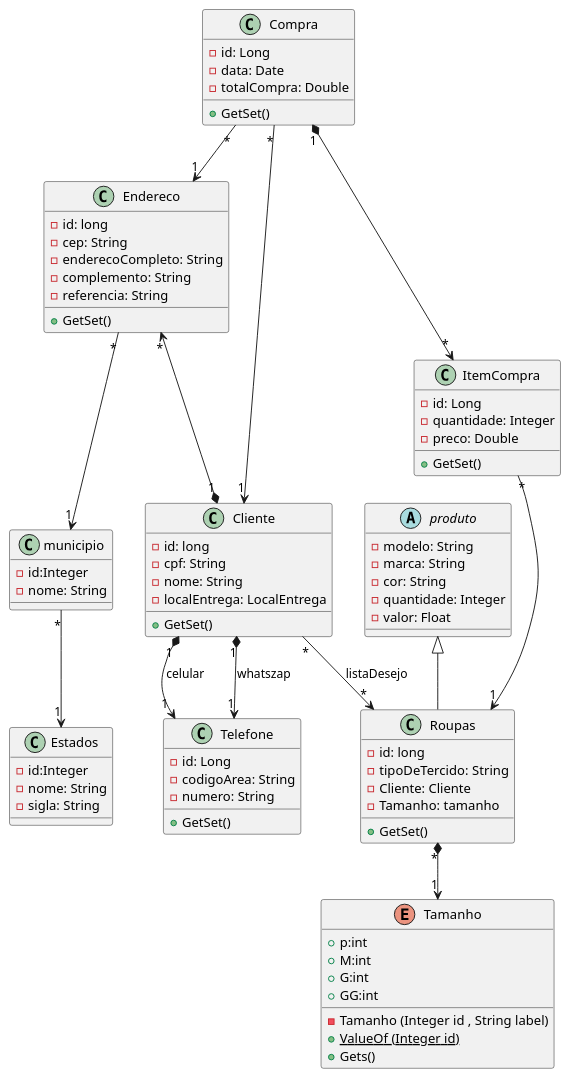
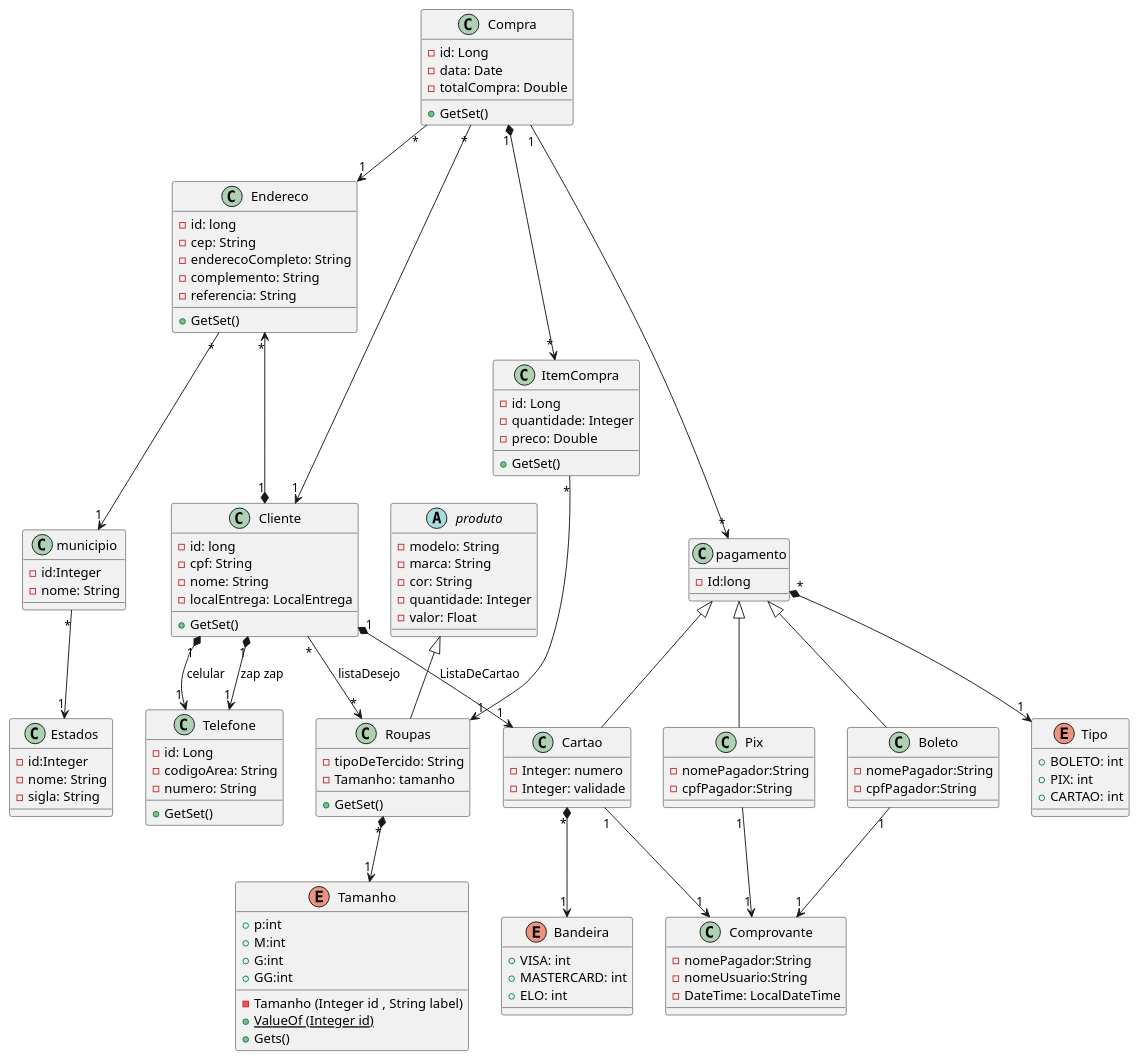
One commit to Jeezyel/topicos1 changed the diagram in src/main/java/br/unitins/UML.plantuml. Above: the diagram before and after it, drawn with PlantUML. The commit also changed 1 other file, not shown here.

```diff
--- a/src/main/java/br/unitins/UML.plantuml
+++ b/src/main/java/br/unitins/UML.plantuml
@@ -1,100 +1,149 @@
 @startuml UML
 
 class Roupas{
-    - id: long
     - tipoDeTercido: String
-    - Cliente: Cliente
     - Tamanho: tamanho
 
     + GetSet()
 
 
 }
 class Cliente{
     -id: long
     - cpf: String
     - nome: String
     - localEntrega: LocalEntrega
 
     + GetSet()
 }
 
 class Endereco{
     - id: long
     - cep: String
     - enderecoCompleto: String
     - complemento: String
     - referencia: String
 
     + GetSet()
 }
 class ItemCompra {
     - id: Long
     - quantidade: Integer
     - preco: Double
     
     + GetSet()
 }
 class Compra {
     - id: Long
     - data: Date
     - totalCompra: Double
     
     + GetSet()
 }
 class Telefone {
     - id: Long
     - codigoArea: String
     - numero: String
     
     + GetSet()
 }
 class municipio{
     -id:Integer
     -nome: String
 
 }
 class Estados{
     -id:Integer
     -nome: String
     -sigla: String
 }
 enum Tamanho{
     + p:int
     + M:int
     + G:int
     + GG:int
  
     - Tamanho (Integer id , String label)
     + {static}ValueOf (Integer id)
     + Gets()
 
 }
 abstract produto{
     - modelo: String
     - marca: String
     - cor: String
     - quantidade: Integer
     - valor: Float
     
 }
+class pagamento{
+    -Id:long
+
+    
+}
+class Cartao{
+    -Integer: numero
+    -Integer: validade
+    
+}
+enum Bandeira{
+    + VISA: int
+    + MASTERCARD: int
+    + ELO: int
+    
+}
+enum Tipo{
+    + BOLETO: int
+    + PIX: int
+    + CARTAO: int
+    
+}
+class Pix{
+    -nomePagador:String
+    -cpfPagador:String
+}
+class Boleto{
+    -nomePagador:String
+    -cpfPagador:String
+}
+class Comprovante{
+    -nomePagador:String
+    -nomeUsuario:String
+    -DateTime: LocalDateTime
+}
+
+    pagamento <|-- Boleto
+    pagamento <|-- Pix
+    pagamento <|-- Cartao
     produto <|-- Roupas
 
     Endereco "*" <--*"1" Cliente
 
     Cliente "*" --> "*" Roupas: listaDesejo
 
     Compra "1" *--> "*" ItemCompra
     Compra "*" --> "1" Cliente
     Compra "*"  --> "1" Endereco
 
     ItemCompra "*" --> "1" Roupas
 
     Cliente "1" *--> "1" Telefone: celular
-    Cliente "1" *--> "1" Telefone: whatszap
+    Cliente "1" *--> "1" Cartao: ListaDeCartao
+    Cliente "1" *--> "1" Telefone: zap zap
+    Cartao "1" --> "1" Comprovante
+    Pix "1" --> "1" Comprovante
+    Boleto "1" --> "1" Comprovante
+
+    Compra "1"-->"*" pagamento
+
+
+
+
     Roupas "*" *--> "1" Tamanho
+    Cartao "*" *--> "1" Bandeira
+    pagamento "*" *--> "1" Tipo
 
     Endereco "*"--> "1" municipio
 
     municipio "*"--> "1" Estados
 @enduml
```
